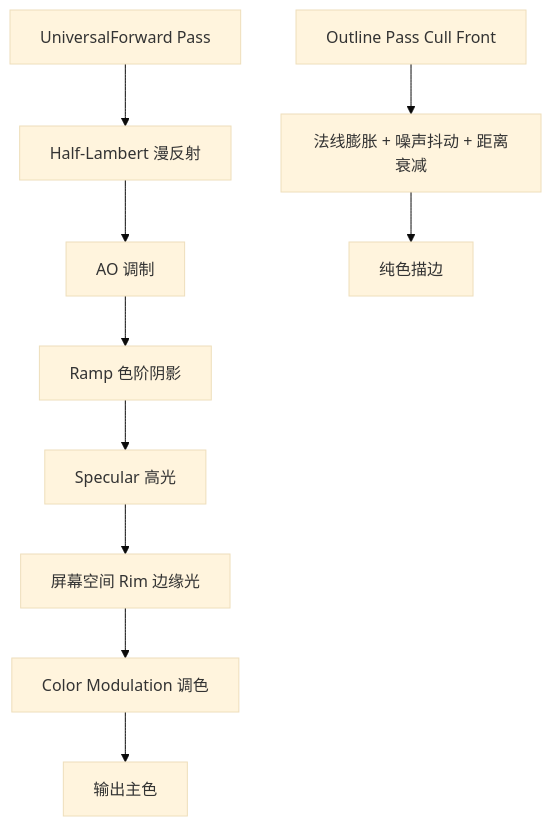
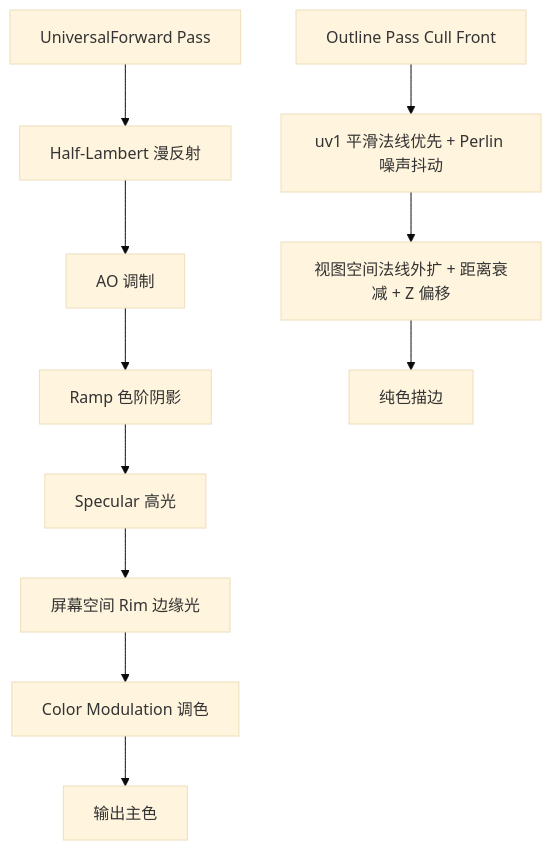
One commit to ewpao/ZZZ_QianXia changed the diagram in README.md. Above: the diagram before and after it, drawn with Mermaid (base theme). The commit also changed other lines of this file and 2 other files, not shown here.

Commit message:
Replace DebugNoise with DebugMode enum; overhaul README for smooth-normal/view-space outline workflow

````diff
--- a/README.md
+++ b/README.md
@@ -33,12 +40,13 @@
 ```mermaid
 graph TD
     A[UniversalForward Pass] --> B[Half-Lambert 漫反射]
     B --> C[AO 调制]
     C --> D[Ramp 色阶阴影]
     D --> E[Specular 高光]
     E --> F[屏幕空间 Rim 边缘光]
     F --> G[Color Modulation 调色]
     G --> H[输出主色]
-    I[Outline Pass Cull Front] --> J[法线膨胀 + 噪声抖动 + 距离衰减]
-    J --> K[纯色描边]
+    I[Outline Pass Cull Front] --> J[uv1 平滑法线优先 + Perlin 噪声抖动]
+    J --> K[视图空间法线外扩 + 距离衰减 + Z 偏移]
+    K --> L[纯色描边]
 ```
````
